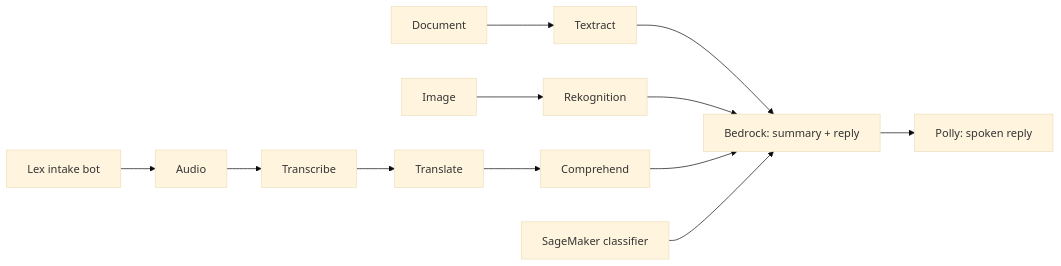
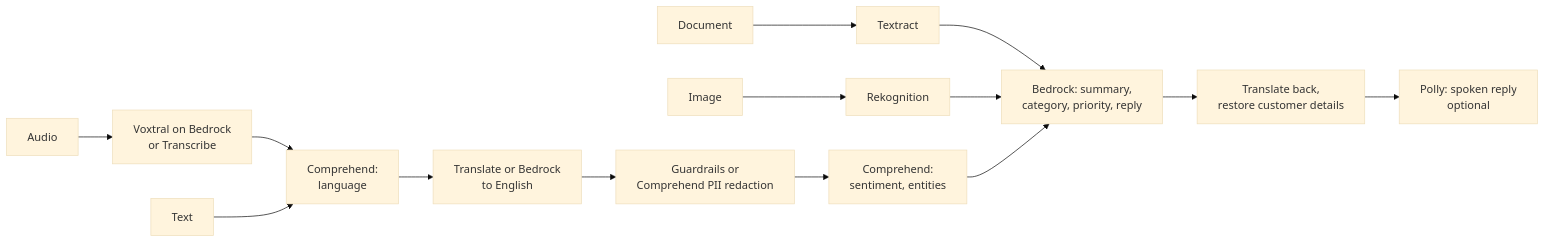
The diagram in README.md (krisrajzlive/aws-ai-support-copilot), drawn with Mermaid (base theme) before and after one commit. The commit also changed other lines of this file, not shown here.

Commit message:
docs: architecture diagram, example output, configuration and cost notes

````diff
--- a/README.md
+++ b/README.md
@@ -7,10 +8,14 @@
 ```mermaid
 flowchart LR
-    A[Audio] --> T[Transcribe] --> TR[Translate] --> C[Comprehend]
+    A[Audio] --> T[Voxtral on Bedrock<br/>or Transcribe]
+    T --> L[Comprehend:<br/>language]
+    TX[Text] --> L
+    L --> TR[Translate or Bedrock<br/>to English]
+    TR --> G[Guardrails or<br/>Comprehend PII redaction]
     D[Document] --> X[Textract] --> M
     I[Image] --> R[Rekognition] --> M
-    C --> M[Bedrock: summary + reply]
-    S[SageMaker classifier] --> M
-    L[Lex intake bot] --> A
-    M --> P[Polly: spoken reply]
+    G --> S[Comprehend:<br/>sentiment, entities]
+    S --> M[Bedrock: summary,<br/>category, priority, reply]
+    M --> B[Translate back,<br/>restore customer details]
+    B --> P[Polly: spoken reply<br/>optional]
 ```
````
